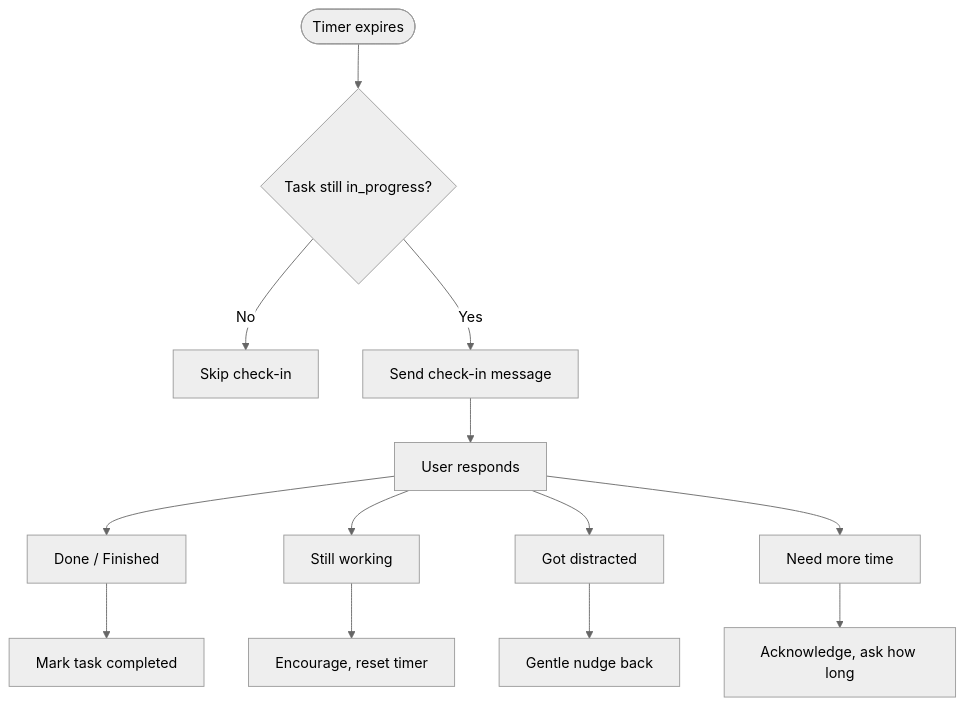
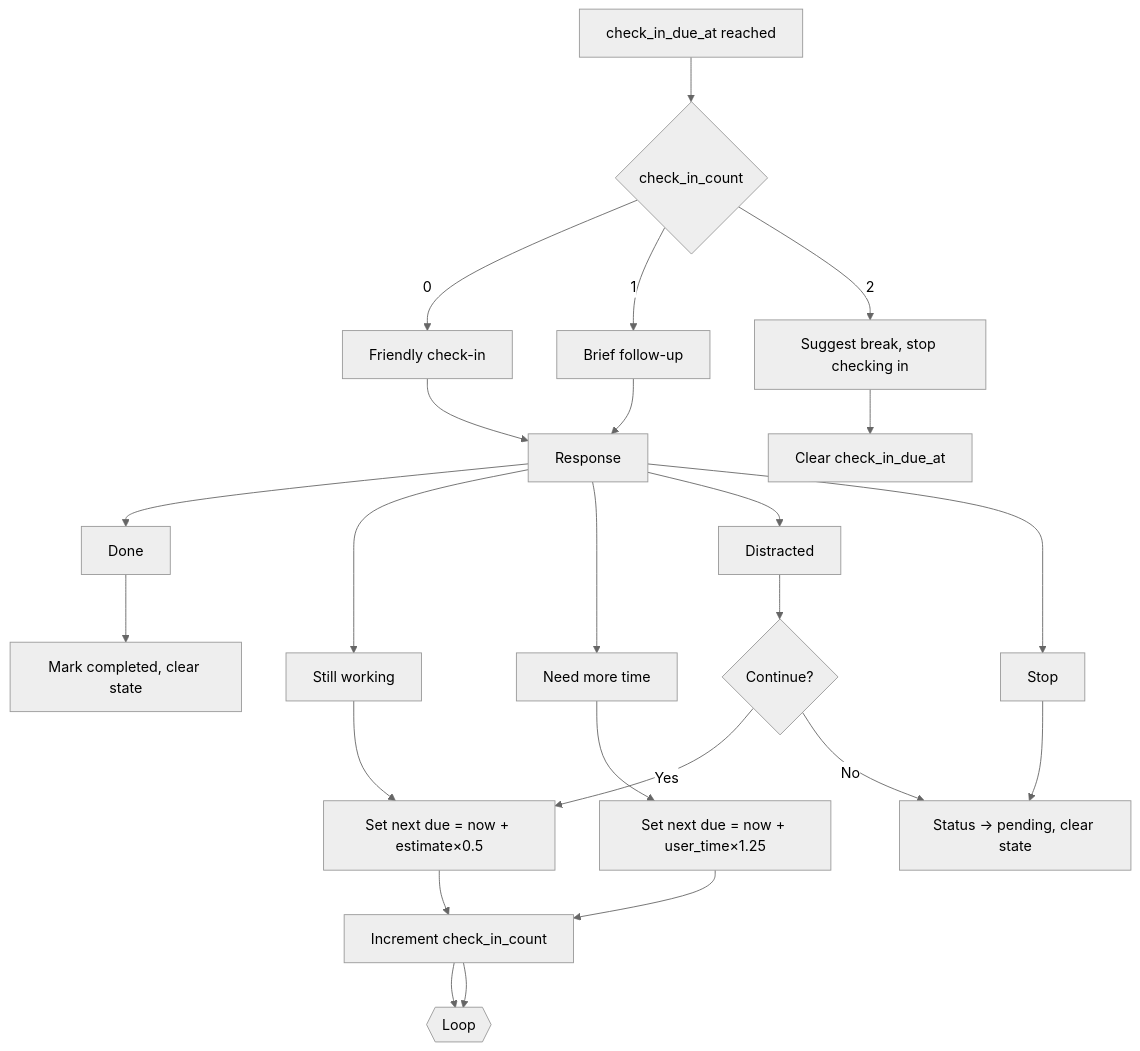
Diagram 17 of 23 in docs/ai-prompts.md (NickBorgersProbably/hide-my-list), drawn with Mermaid (neutral theme) before and after one commit. The commit also changed other lines of this file and 2 other files, not shown here.

Commit message:
Update check-in documentation for OpenClaw runtime

````diff
--- a/docs/ai-prompts.md
+++ b/docs/ai-prompts.md
@@ -972,19 +1099,23 @@
 ```mermaid
 flowchart TD
-    Timer([Timer expires]) --> CheckActive{Task still in_progress?}
+    Trigger["check_in_due_at reached"] --> Count{check_in_count}
+    Count -->|0| First["Friendly check-in"]
+    Count -->|1| Second["Brief follow-up"]
+    Count -->|2| Third["Suggest break, stop checking in"]
+    Third --> Stop[Clear check_in_due_at]
 
-    CheckActive -->|No| Skip[Skip check-in]
-    CheckActive -->|Yes| SendCheckIn[Send check-in message]
+    First --> Response
+    Second --> Response
 
-    SendCheckIn --> UserResponse[User responds]
+    Response --> Done["Done"] --> Complete[Mark completed, clear state]
+    Response --> Working["Still working"] --> NextHalf["Set next due = now + estimate×0.5"]
+    Response --> NeedTime["Need more time"] --> Custom["Set next due = now + user_time×1.25"]
+    Response --> Distracted["Distracted"] --> Decide{Continue?}
+    Response --> Abandon["Stop"] --> Return[Status → pending, clear state]
 
-    UserResponse --> Done["Done / Finished"]
-    UserResponse --> StillWorking["Still working"]
-    UserResponse --> Distracted["Got distracted"]
-    UserResponse --> NeedMore["Need more time"]
+    Decide -->|Yes| NextHalf
+    Decide -->|No| Return
 
-    Done --> Complete[Mark task completed]
-    StillWorking --> Encourage[Encourage, reset timer]
-    Distracted --> Nudge[Gentle nudge back]
-    NeedMore --> Acknowledge[Acknowledge, ask how long]
+    NextHalf --> Increment[Increment check_in_count] --> DoneLoop{{Loop}}
+    Custom --> Increment --> DoneLoop
 ```
````
